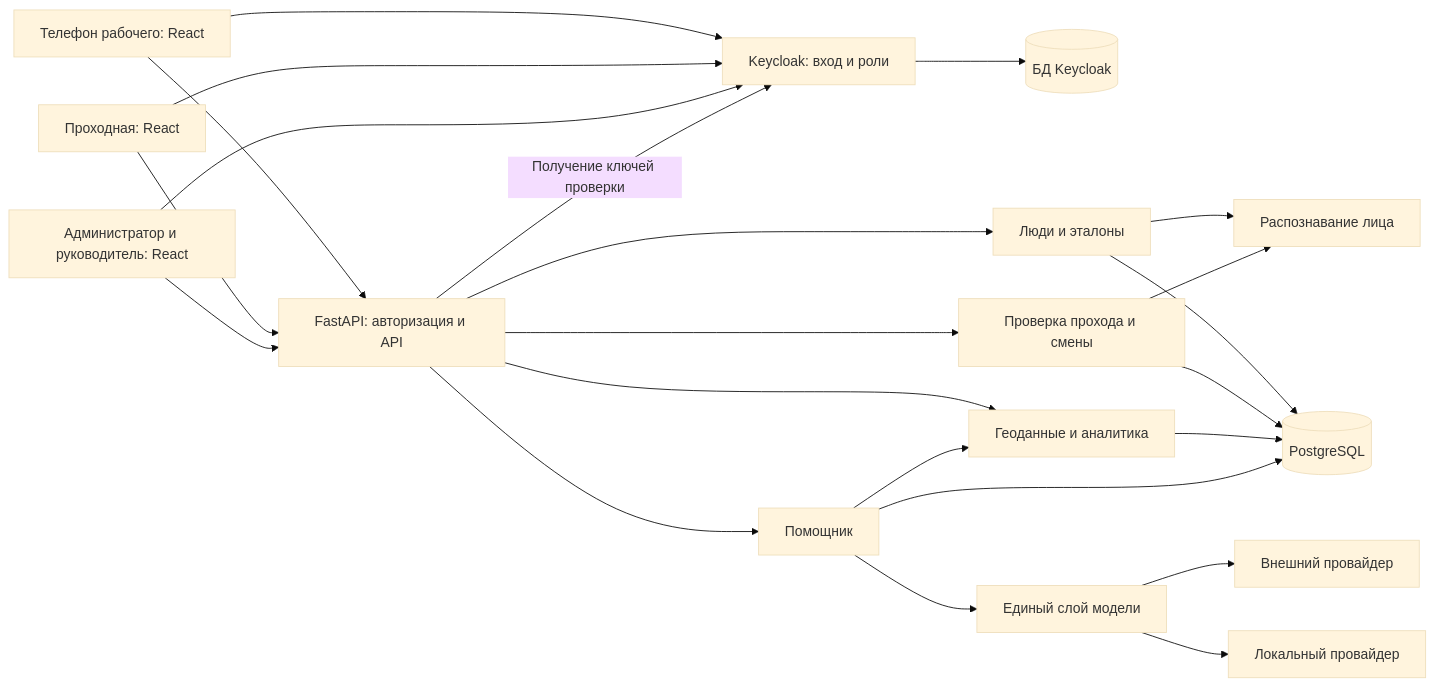
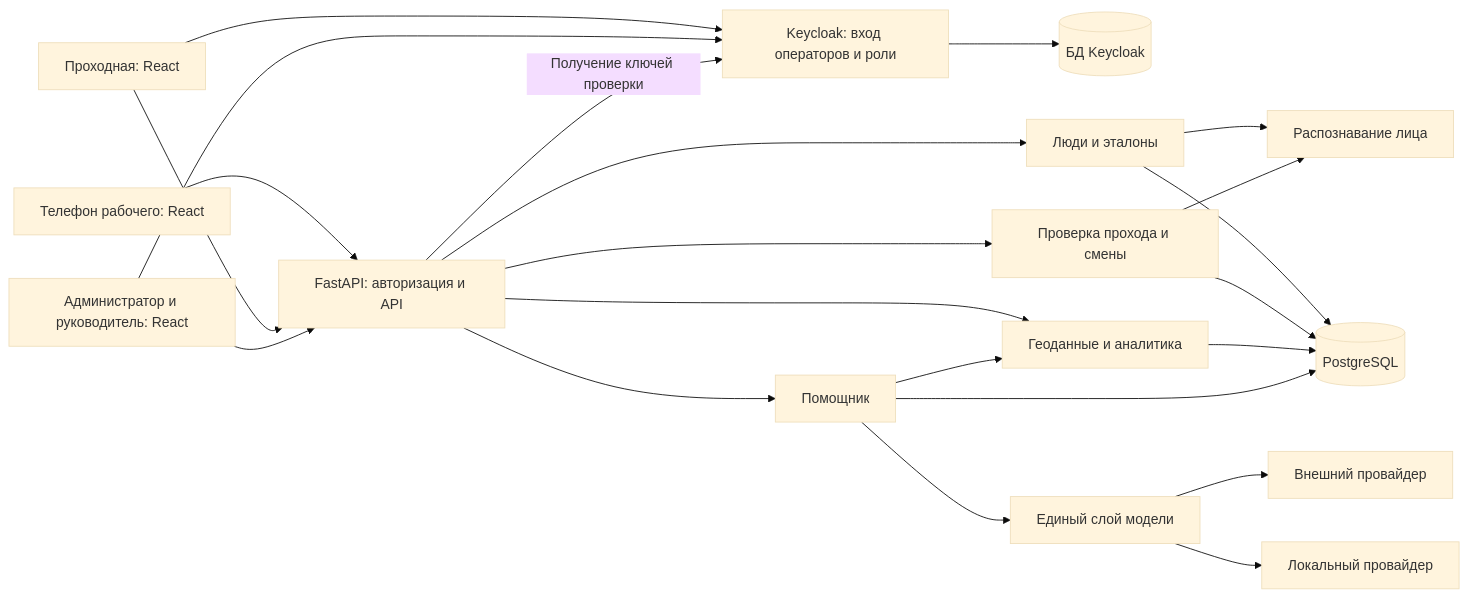
Before and after one commit to bombomteam/prohodnaya: the first of 2 diagrams in docs/system-workflow.md, drawn with Mermaid (base theme). The commit also changed other lines of this file and 11 other files, not shown here.

````diff
--- a/docs/system-workflow.md
+++ b/docs/system-workflow.md
@@ -31,25 +31,24 @@
 ```mermaid
 flowchart LR
     W[Телефон рабочего: React] --> API[FastAPI: авторизация и API]
     G[Проходная: React] --> API
     A[Администратор и руководитель: React] --> API
-    W --> KC[Keycloak: вход и роли]
-    G --> KC
+    G --> KC[Keycloak: вход операторов и роли]
     A --> KC
     API -->|Получение ключей проверки| KC
     KC --> KDB[(БД Keycloak)]
     API --> PEOPLE[Люди и эталоны]
     API --> ACCESS[Проверка прохода и смены]
     API --> GEO[Геоданные и аналитика]
     API --> HELP[Помощник]
     PEOPLE --> FACE[Распознавание лица]
     ACCESS --> FACE
     PEOPLE --> DB[(PostgreSQL)]
     ACCESS --> DB
     GEO --> DB
     HELP --> GEO
     HELP --> DB
     HELP --> LLM[Единый слой модели]
     LLM --> EXT[Внешний провайдер]
     LLM --> LOCAL[Локальный провайдер]
 ```
````
